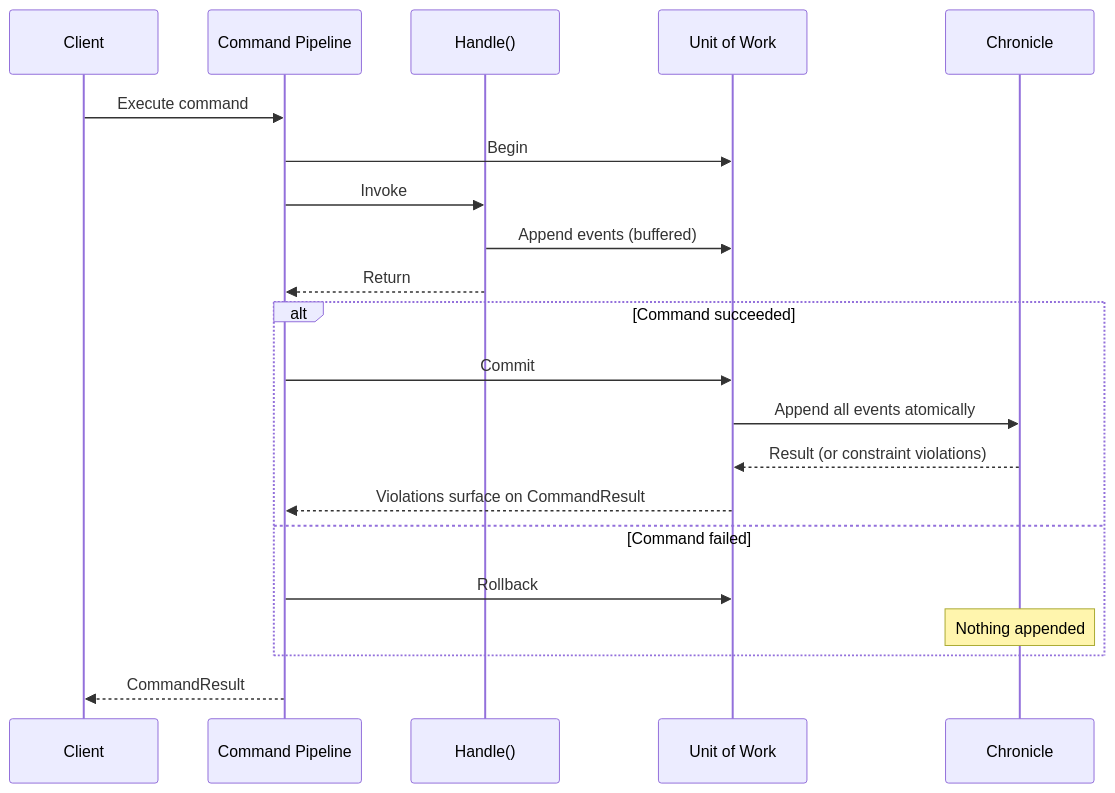
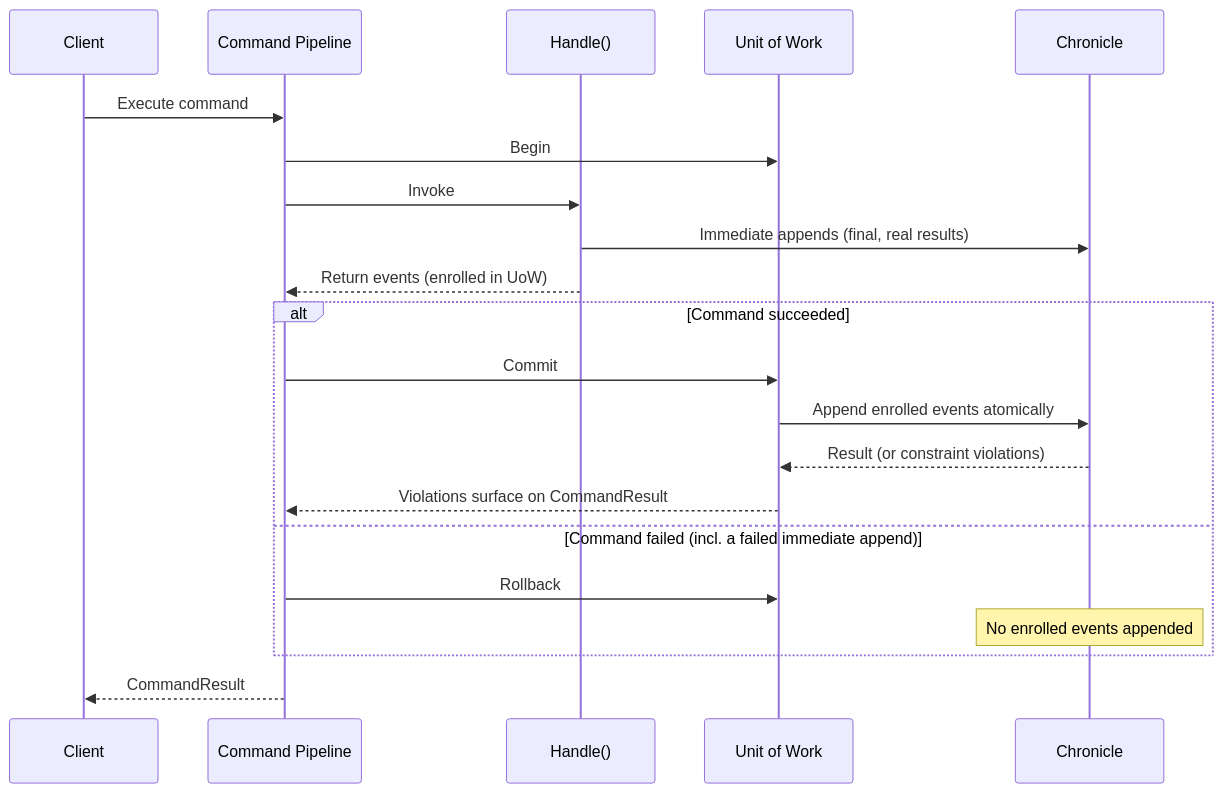
One commit to Cratis/Arc changed the diagram in Documentation/backend/commands/transactional-commands.md. Above: the diagram before and after it, drawn with Mermaid. The commit also changed other lines of this file and 4 other files, not shown here.

First line of the commit message:
Rewrite the transactional command documentation for the final append model

````diff
--- a/Documentation/backend/commands/transactional-commands.md
+++ b/Documentation/backend/commands/transactional-commands.md
@@ -22,24 +74,24 @@
 ```mermaid
 sequenceDiagram
     participant Client
     participant Pipeline as Command Pipeline
     participant Handler as Handle()
     participant UoW as Unit of Work
     participant Chronicle
 
     Client->>Pipeline: Execute command
     Pipeline->>UoW: Begin
     Pipeline->>Handler: Invoke
-    Handler->>UoW: Append events (buffered)
-    Handler-->>Pipeline: Return
+    Handler->>Chronicle: Immediate appends (final, real results)
+    Handler-->>Pipeline: Return events (enrolled in UoW)
     alt Command succeeded
         Pipeline->>UoW: Commit
-        UoW->>Chronicle: Append all events atomically
+        UoW->>Chronicle: Append enrolled events atomically
         Chronicle-->>UoW: Result (or constraint violations)
         UoW-->>Pipeline: Violations surface on CommandResult
-    else Command failed
+    else Command failed (incl. a failed immediate append)
         Pipeline->>UoW: Rollback
-        Note over Chronicle: Nothing appended
+        Note over Chronicle: No enrolled events appended
     end
     Pipeline-->>Client: CommandResult
 ```
````
